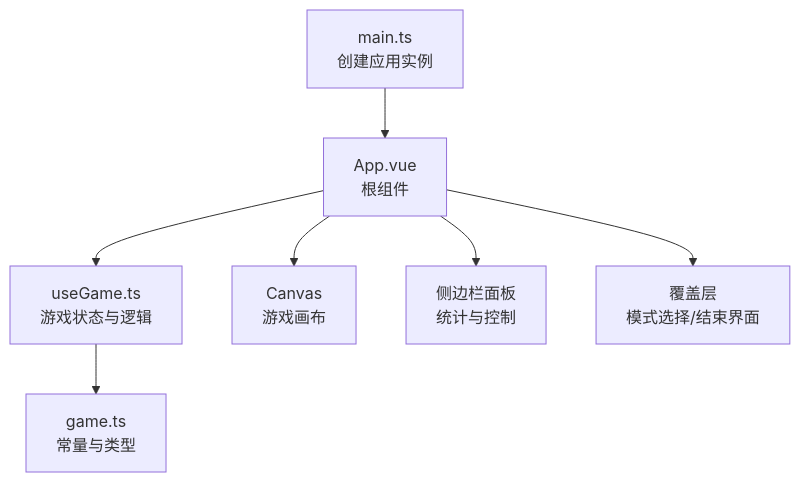
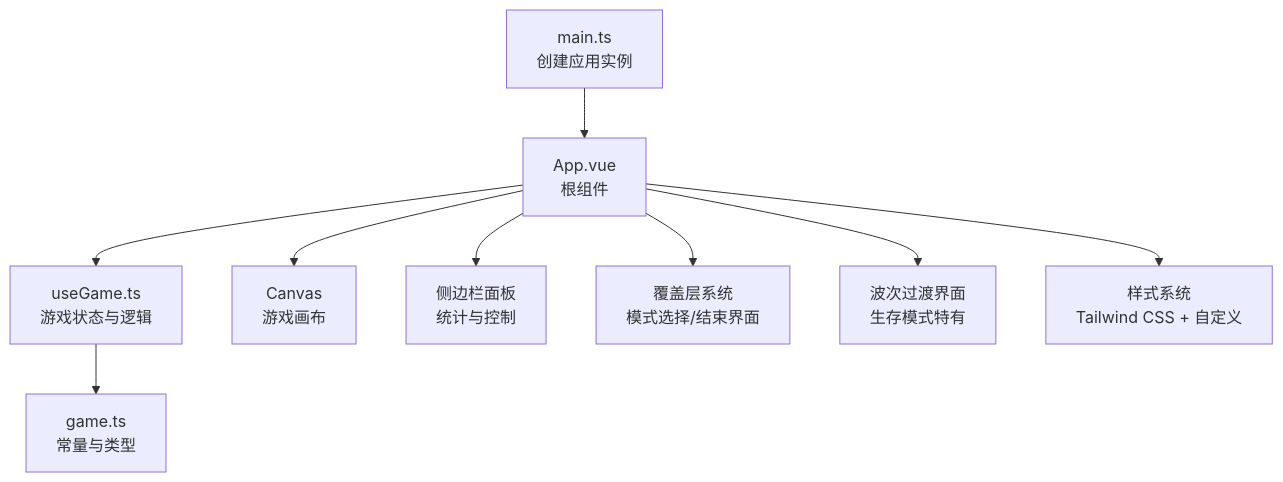
The first of 5 diagrams in .qoder/repowiki/zh/content/核心架构/Vue 组件架构.md (mrancc/reimagined-journey), drawn with Mermaid before and after one commit. The commit also changed other lines of this file and 11 other files, not shown here.

````diff
--- a/.qoder/repowiki/zh/content/核心架构/Vue 组件架构.md
+++ b/.qoder/repowiki/zh/content/核心架构/Vue 组件架构.md
@@ -37,9 +47,11 @@
 ```mermaid
 graph TB
 A["main.ts<br/>创建应用实例"] --> B["App.vue<br/>根组件"]
 B --> C["useGame.ts<br/>游戏状态与逻辑"]
 C --> D["game.ts<br/>常量与类型"]
 B --> E["Canvas<br/>游戏画布"]
 B --> F["侧边栏面板<br/>统计与控制"]
-B --> G["覆盖层<br/>模式选择/结束界面"]
+B --> G["覆盖层系统<br/>模式选择/结束界面"]
+B --> H["波次过渡界面<br/>生存模式特有"]
+B --> I["样式系统<br/>Tailwind CSS + 自定义"]
 ```
````
